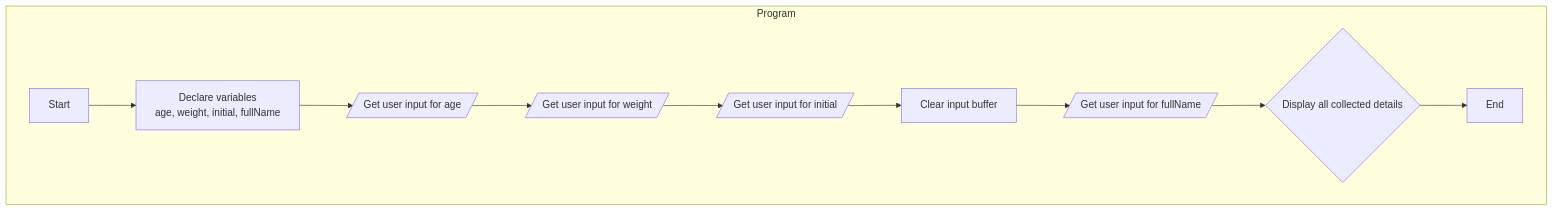
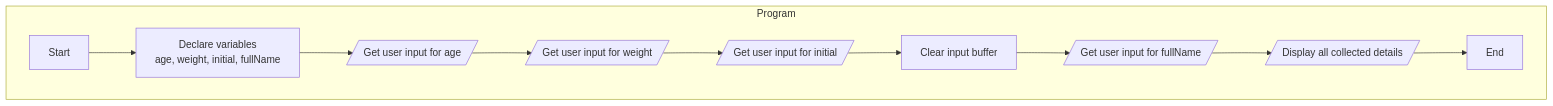
One commit to Asif-Faizal/BigOCcasion changed the diagram in 05_io_and_comments/README.md. Above: the diagram before and after it, drawn with Mermaid. The commit also changed 2 other files, not shown here.

Commit message:
chore: standardized flowchart text formatting in README files for improved readability

````diff
--- a/05_io_and_comments/README.md
+++ b/05_io_and_comments/README.md
@@ -137,13 +137,13 @@
 ```mermaid
 graph TD;
     subgraph "Program"
-        A[Start] --> B[Declare variables<br>age, weight, initial, fullName];
+        A[Start] --> B["Declare variables<br>age, weight, initial, fullName"];
         B --> C[/Get user input for age/];
         C --> D[/Get user input for weight/];
         D --> E[/Get user input for initial/];
         E --> F[Clear input buffer];
         F --> G[/Get user input for fullName/];
-        G --> H{Display all collected details};
+        G --> H[/Display all collected details/];
         H --> I[End];
     end
 ```
````
